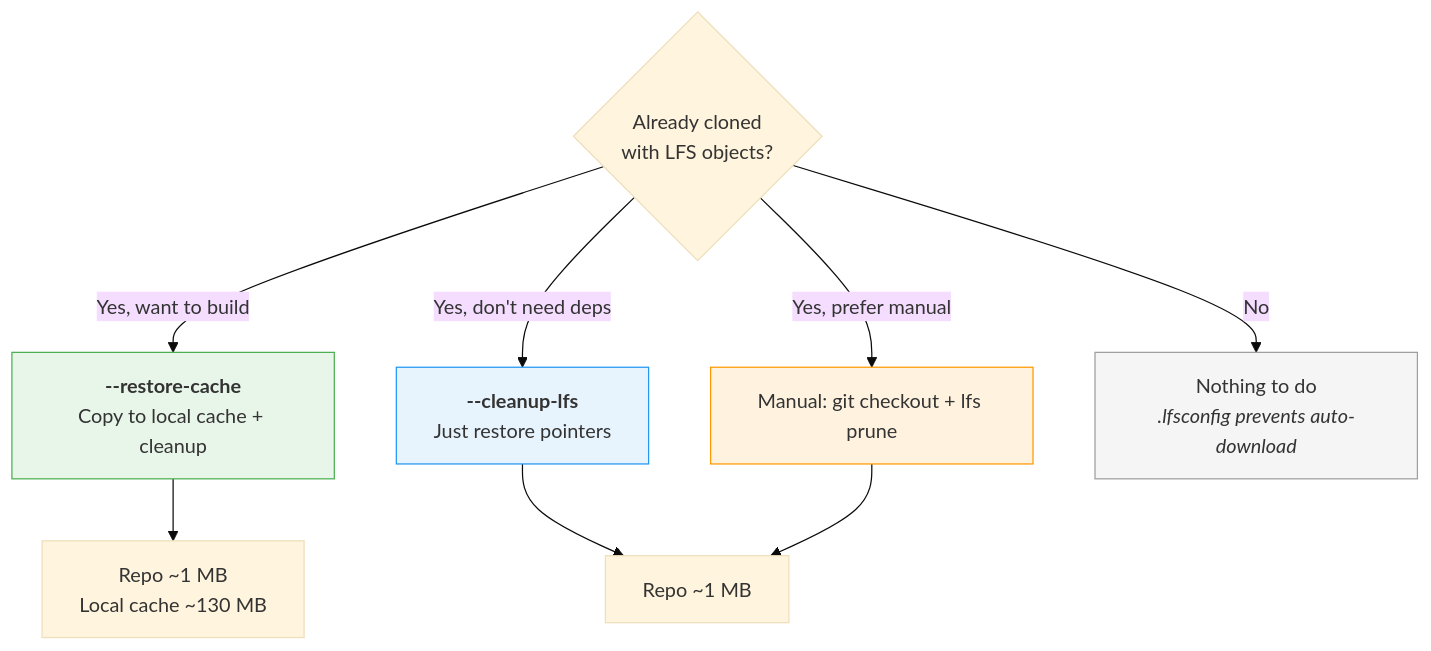
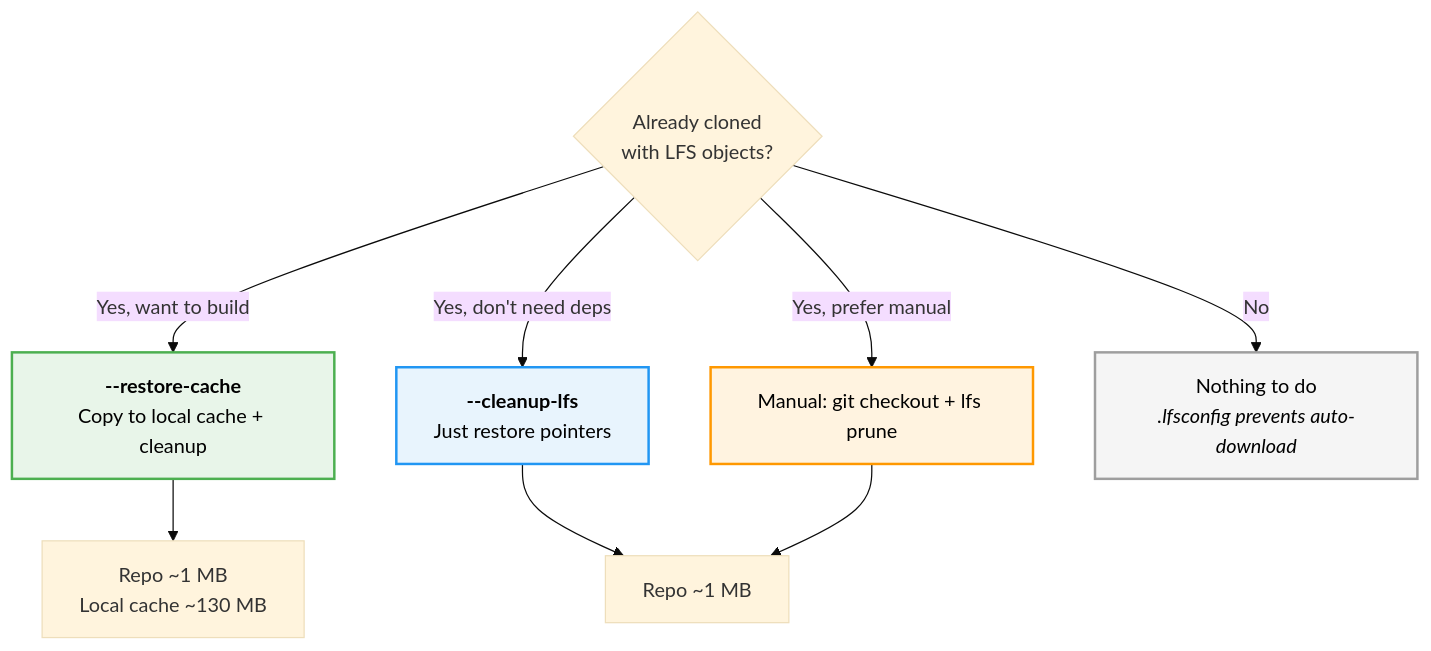
One commit to CorticalCode/mkvtoolnix-macos-arm changed the fifth of 5 diagrams in docs/build-workflow.md. Above: the diagram before and after it, drawn with Mermaid (base theme). The commit also changed other lines of this file and 2 other files, not shown here.

First line of the commit message:
docs: improve diagram readability and tighten guide content

````diff
--- a/docs/build-workflow.md
+++ b/docs/build-workflow.md
@@ -151,17 +167,17 @@
 ```mermaid
 flowchart TD
     A{"Already cloned<br/>with LFS objects?"}
     A -->|"Yes, want to build"| B["<b>--restore-cache</b><br/>Copy to local cache + cleanup"]
     A -->|"Yes, don't need deps"| C["<b>--cleanup-lfs</b><br/>Just restore pointers"]
     A -->|"Yes, prefer manual"| D["Manual: git checkout + lfs prune"]
     A -->|No| E["Nothing to do<br/><i>.lfsconfig prevents auto-download</i>"]
 
     B --> F["Repo ~1 MB<br/>Local cache ~130 MB"]
     C --> G["Repo ~1 MB"]
     D --> G
 
-    style B fill:#e8f5e9,stroke:#4caf50
-    style C fill:#e8f4fd,stroke:#2196f3
-    style D fill:#fff3e0,stroke:#ff9800
-    style E fill:#f5f5f5,stroke:#9e9e9e
+    style B fill:#e8f5e9,stroke:#4caf50,stroke-width:2px,color:#000
+    style C fill:#e8f4fd,stroke:#2196f3,stroke-width:2px,color:#000
+    style D fill:#fff3e0,stroke:#ff9800,stroke-width:2px,color:#000
+    style E fill:#f5f5f5,stroke:#9e9e9e,stroke-width:2px,color:#000
 ```
````
